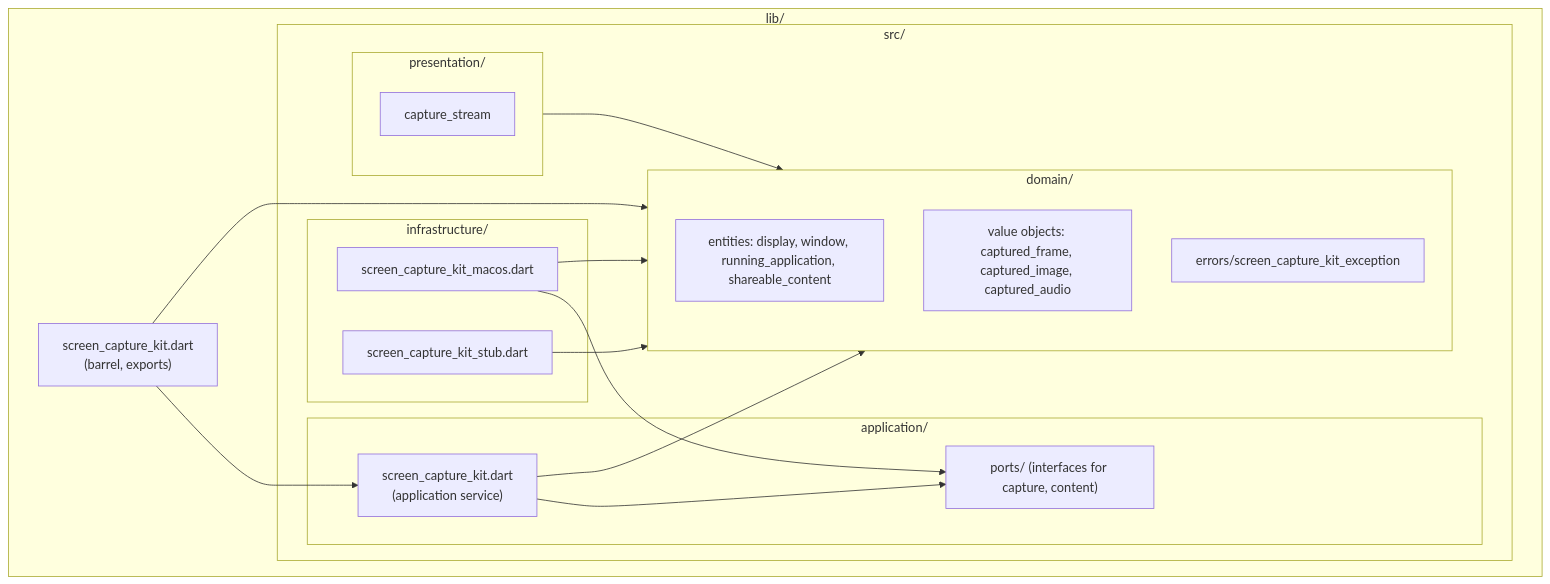
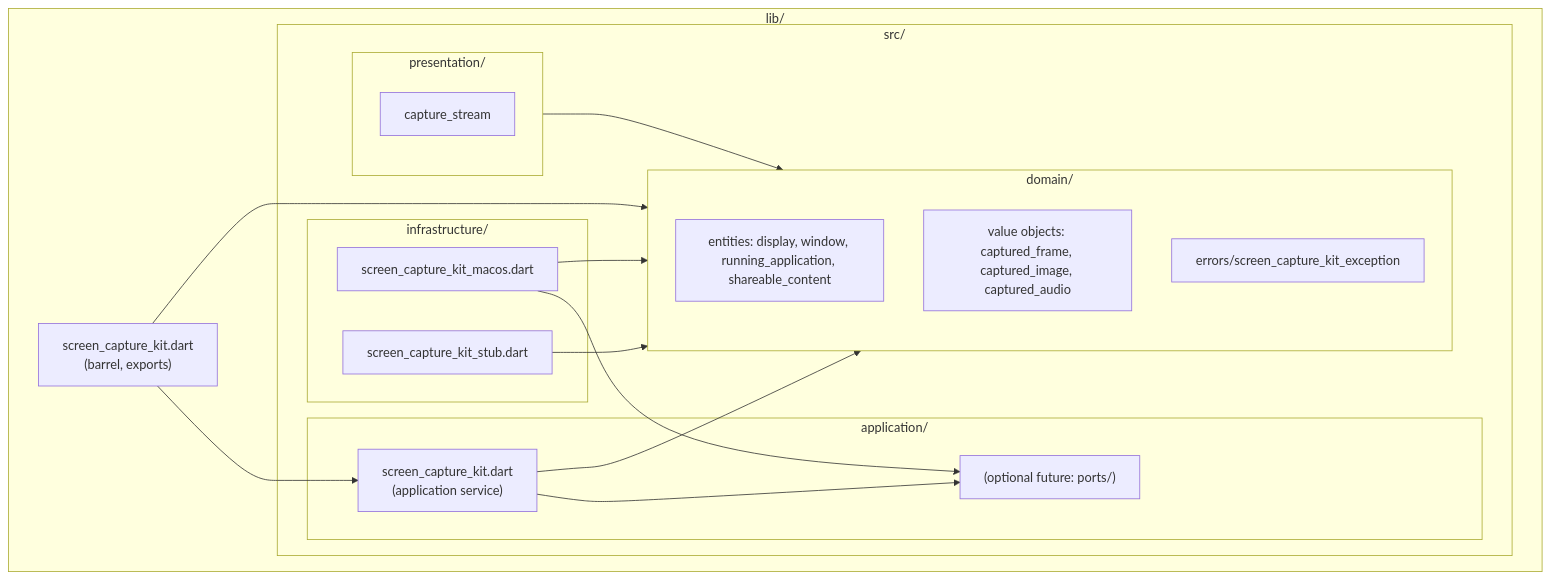
One commit to blendfactory/screen-capture-kit changed the third of 4 diagrams in .cursor/rules/architecture-ddd-layered.mdc. Above: the diagram before and after it, drawn with Mermaid. The commit also changed other lines of this file, not shown here.

First line of the commit message:
chore(cursor): sync architecture rule with current API

````diff
--- a/.cursor/rules/architecture-ddd-layered.mdc
+++ b/.cursor/rules/architecture-ddd-layered.mdc
@@ -82,32 +82,32 @@
 ```mermaid
 flowchart TB
   subgraph lib["lib/"]
     barrel["screen_capture_kit.dart\n(barrel, exports)"]
     subgraph src["src/"]
       subgraph domain["domain/"]
         d_entities["entities: display, window, running_application, shareable_content"]
         d_values["value objects: captured_frame, captured_image, captured_audio"]
         d_errors["errors/screen_capture_kit_exception"]
       end
       subgraph application["application/"]
         app_service["screen_capture_kit.dart\n(application service)"]
-        app_ports["ports/ (interfaces for capture, content)"]
+        app_ports["(optional future: ports/)"]
       end
       subgraph infrastructure["infrastructure/"]
         impl_macos["screen_capture_kit_macos.dart"]
         impl_stub["screen_capture_kit_stub.dart"]
       end
       subgraph presentation["presentation/"]
         config["capture_stream"]
       end
     end
   end
   barrel --> app_service
   barrel --> domain
   app_service --> domain
   app_service --> app_ports
   impl_macos --> domain
   impl_macos --> app_ports
   impl_stub --> domain
   presentation --> domain
 ```
````
